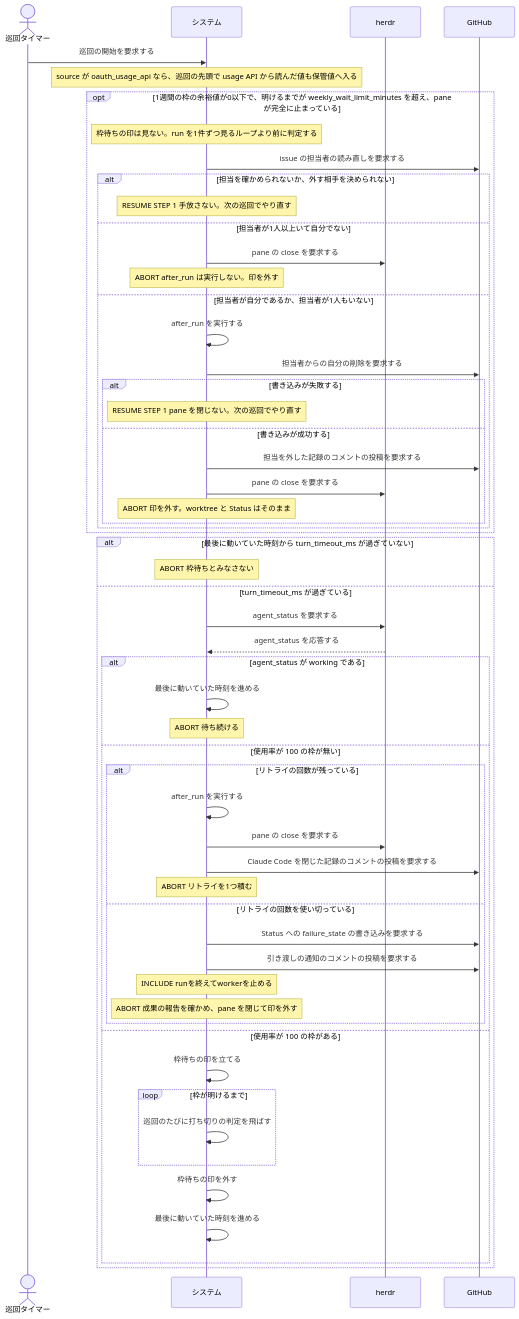
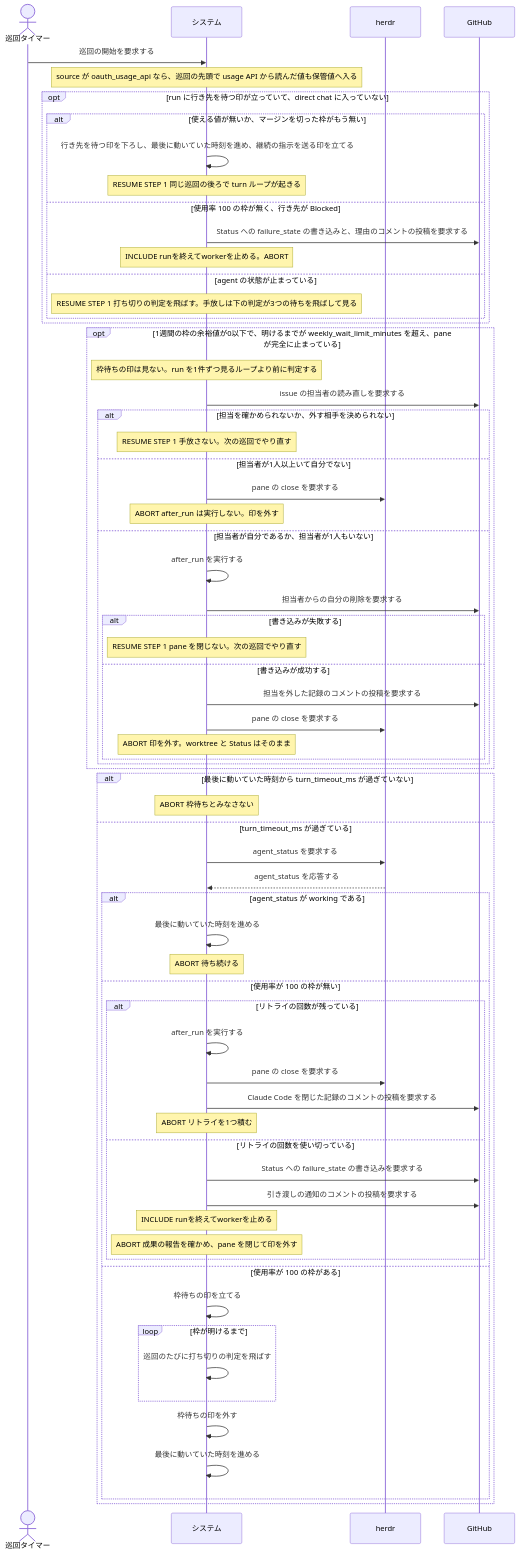
One commit to maimuzo/continuo changed the second of 2 diagrams in docs/spec/usecases/particular_case/枠待ちのrunの打ち切りを止める.rucm.md. Above: the diagram before and after it, drawn with Mermaid. The commit also changed other lines of this file and 91 other files, not shown here.

Commit message:
レートリミットのマージンを切ったら走っている run を切り上げさせる 担当が自分の issue も着手の前にマージンを見て Blocked へ戻すか担当を外し ダッシュボードにレートリミットの区画を足して打ち切りの文面に使用率を載せる

````diff
--- a/docs/spec/usecases/particular_case/枠待ちのrunの打ち切りを止める.rucm.md
+++ b/docs/spec/usecases/particular_case/枠待ちのrunの打ち切りを止める.rucm.md
@@ -322,59 +380,70 @@
 ```mermaid
 sequenceDiagram
     actor T as 巡回タイマー
     participant S as システム
     participant H as herdr
     participant GH as GitHub
 
     T->>S: 巡回の開始を要求する
     Note over S: source が oauth_usage_api なら、巡回の先頭で usage API から読んだ値も保管値へ入る
+    opt run に行き先を待つ印が立っていて、direct chat に入っていない
+        alt 使える値が無いか、マージンを切った枠がもう無い
+            S->>S: 行き先を待つ印を下ろし、最後に動いていた時刻を進め、継続の指示を送る印を立てる
+            Note over S: RESUME STEP 1 同じ巡回の後ろで turn ループが起きる
+        else 使用率 100 の枠が無く、行き先が Blocked
+            S->>GH: Status への failure_state の書き込みと、理由のコメントの投稿を要求する
+            Note over S: INCLUDE runを終えてworkerを止める。ABORT
+        else agent の状態が止まっている
+            Note over S: RESUME STEP 1 打ち切りの判定を飛ばす。手放しは下の判定が3つの待ちを飛ばして見る
+        end
+    end
     opt 1週間の枠の余裕値が0以下で、明けるまでが weekly_wait_limit_minutes を超え、pane が完全に止まっている
         Note over S: 枠待ちの印は見ない。run を1件ずつ見るループより前に判定する
         S->>GH: issue の担当者の読み直しを要求する
         alt 担当を確かめられないか、外す相手を決められない
             Note over S: RESUME STEP 1 手放さない。次の巡回でやり直す
         else 担当者が1人以上いて自分でない
             S->>H: pane の close を要求する
             Note over S: ABORT after_run は実行しない。印を外す
         else 担当者が自分であるか、担当者が1人もいない
             S->>S: after_run を実行する
             S->>GH: 担当者からの自分の削除を要求する
             alt 書き込みが失敗する
                 Note over S: RESUME STEP 1 pane を閉じない。次の巡回でやり直す
             else 書き込みが成功する
                 S->>GH: 担当を外した記録のコメントの投稿を要求する
                 S->>H: pane の close を要求する
                 Note over S: ABORT 印を外す。worktree と Status はそのまま
             end
         end
     end
     alt 最後に動いていた時刻から turn_timeout_ms が過ぎていない
         Note over S: ABORT 枠待ちとみなさない
     else turn_timeout_ms が過ぎている
         S->>H: agent_status を要求する
         H-->>S: agent_status を応答する
         alt agent_status が working である
             S->>S: 最後に動いていた時刻を進める
             Note over S: ABORT 待ち続ける
         else 使用率が 100 の枠が無い
             alt リトライの回数が残っている
                 S->>S: after_run を実行する
                 S->>H: pane の close を要求する
                 S->>GH: Claude Code を閉じた記録のコメントの投稿を要求する
                 Note over S: ABORT リトライを1つ積む
             else リトライの回数を使い切っている
                 S->>GH: Status への failure_state の書き込みを要求する
                 S->>GH: 引き渡しの通知のコメントの投稿を要求する
                 Note over S: INCLUDE runを終えてworkerを止める
                 Note over S: ABORT 成果の報告を確かめ、pane を閉じて印を外す
             end
         else 使用率が 100 の枠がある
             S->>S: 枠待ちの印を立てる
             loop 枠が明けるまで
                 S->>S: 巡回のたびに打ち切りの判定を飛ばす
             end
             S->>S: 枠待ちの印を外す
             S->>S: 最後に動いていた時刻を進める
         end
     end
 ```
````
